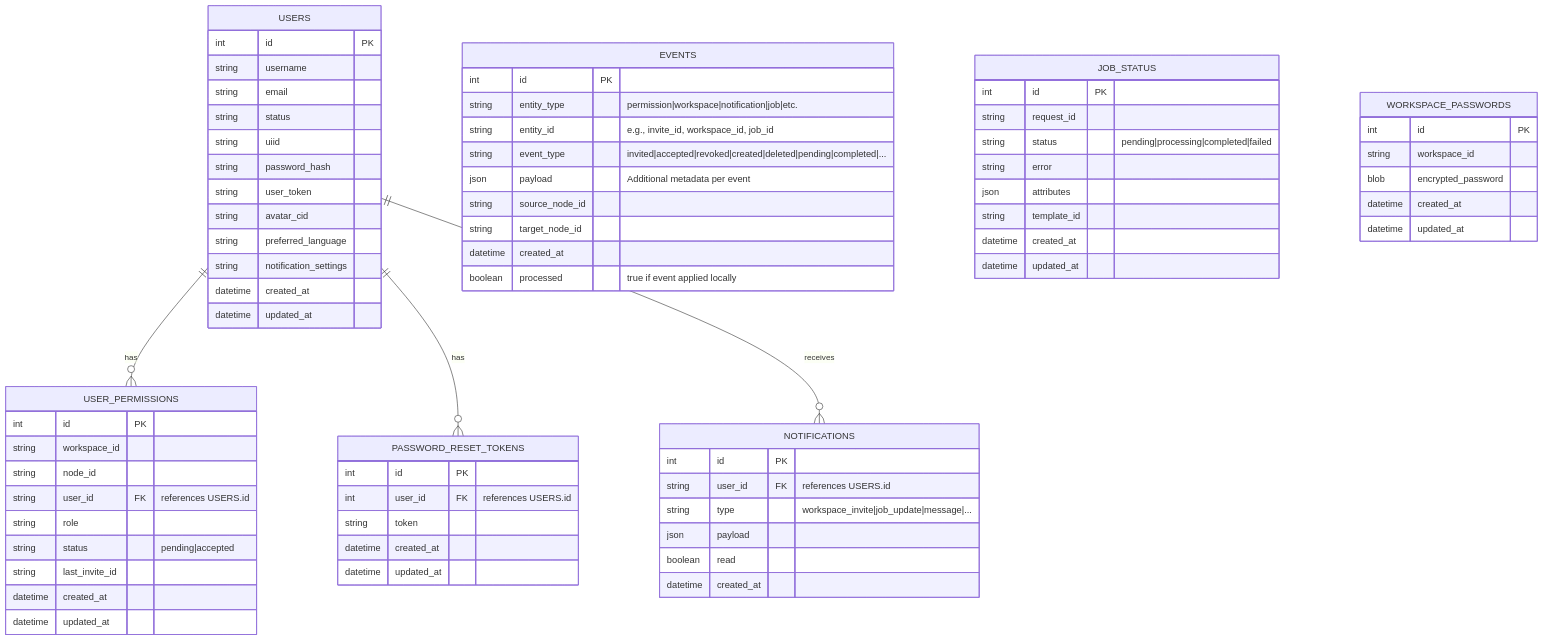
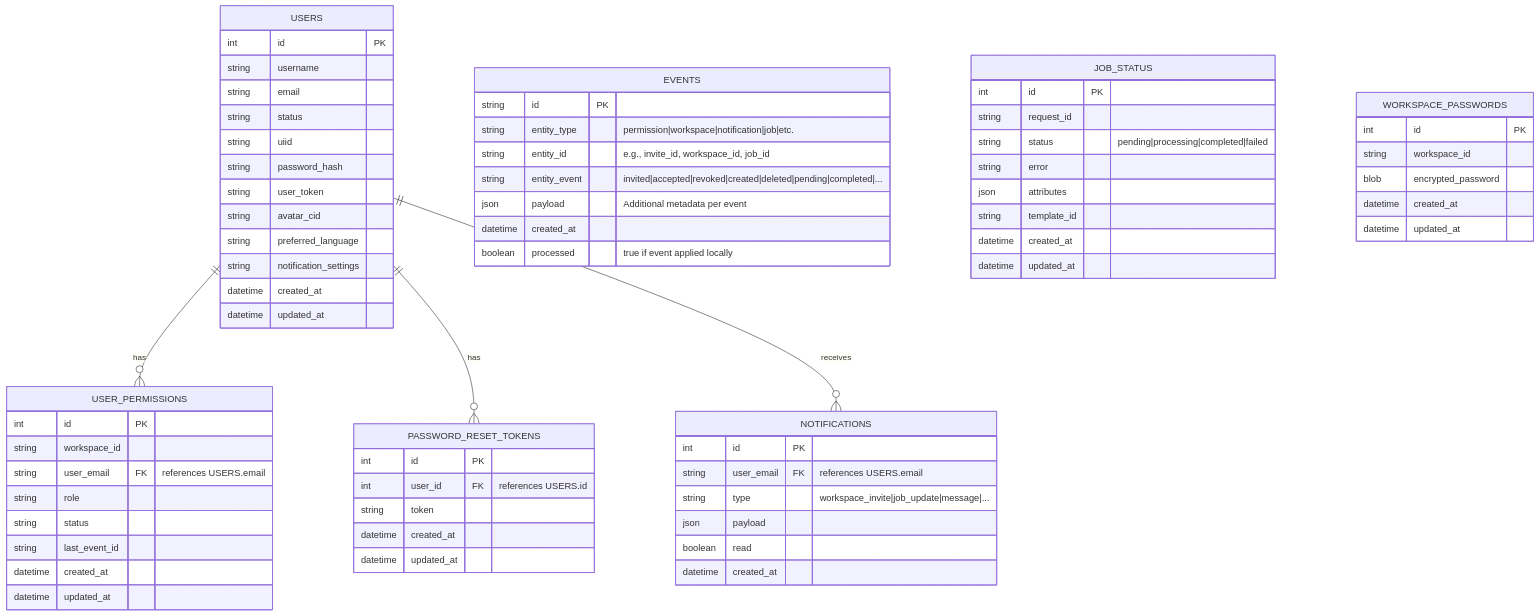
The diagram in doc/Architecture/workflows/proposed/#292-Private-workspace-permissions-across-IPFS-nodes/292-database-diagramm.mmd (openkfw/TruSpace), drawn with Mermaid before and after one commit. The commit also changed 4 other files, not shown here.

```diff
--- a/doc/Architecture/workflows/proposed/#292-Private-workspace-permissions-across-IPFS-nodes/292-database-diagramm.mmd
+++ b/doc/Architecture/workflows/proposed/#292-Private-workspace-permissions-across-IPFS-nodes/292-database-diagramm.mmd
@@ -1,90 +1,87 @@
 erDiagram
     %% Users table
     USERS {
         int id PK
         string username
         string email
         string status
         string uiid
         string password_hash
         string user_token
         string avatar_cid
         string preferred_language
         string notification_settings
         datetime created_at
         datetime updated_at
     }
 
     %% Permissions (materialized)
     USER_PERMISSIONS {
         int id PK
         string workspace_id
-        string node_id
-        string user_id FK "references USERS.id"
+        string user_email FK "references USERS.email"
         string role
-        string status "pending|accepted"
-        string last_invite_id
+        string status
+        string last_event_id
         datetime created_at
         datetime updated_at
     }
 
     %% Generic event log
     EVENTS {
-        int id PK
+        string id PK
         string entity_type "permission|workspace|notification|job|etc."
         string entity_id "e.g., invite_id, workspace_id, job_id"
-        string event_type "invited|accepted|revoked|created|deleted|pending|completed|..."
+        string entity_event "invited|accepted|revoked|created|deleted|pending|completed|..."
         json payload "Additional metadata per event"
-        string source_node_id
-        string target_node_id
         datetime created_at
         boolean processed "true if event applied locally"
     }
 
     %% Notifications
     NOTIFICATIONS {
         int id PK
-        string user_id FK "references USERS.id"
+        string user_email FK "references USERS.email"
         string type "workspace_invite|job_update|message|..."
         json payload
         boolean read
         datetime created_at
     }
 
     %% AI / Job status
     JOB_STATUS {
         int id PK
         string request_id
         string status "pending|processing|completed|failed"
         string error
         json attributes
         string template_id
         datetime created_at
         datetime updated_at
     }
 
     %% Workspace passwords
     WORKSPACE_PASSWORDS {
         int id PK
         string workspace_id
         blob encrypted_password
         datetime created_at
         datetime updated_at
     }
 
     %% Password reset tokens
     PASSWORD_RESET_TOKENS {
         int id PK
         int user_id FK "references USERS.id"
         string token
         datetime created_at
         datetime updated_at
     }
 
     %% Relationships
     USERS ||--o{ USER_PERMISSIONS : "has"
     USERS ||--o{ PASSWORD_RESET_TOKENS : "has"
     USERS ||--o{ NOTIFICATIONS : "receives"
 
     %% Notes for constraints (Mermaid style)
     %% USER_PERMISSIONS "Unique constraint: workspace_id + node_id + user_id"
```
